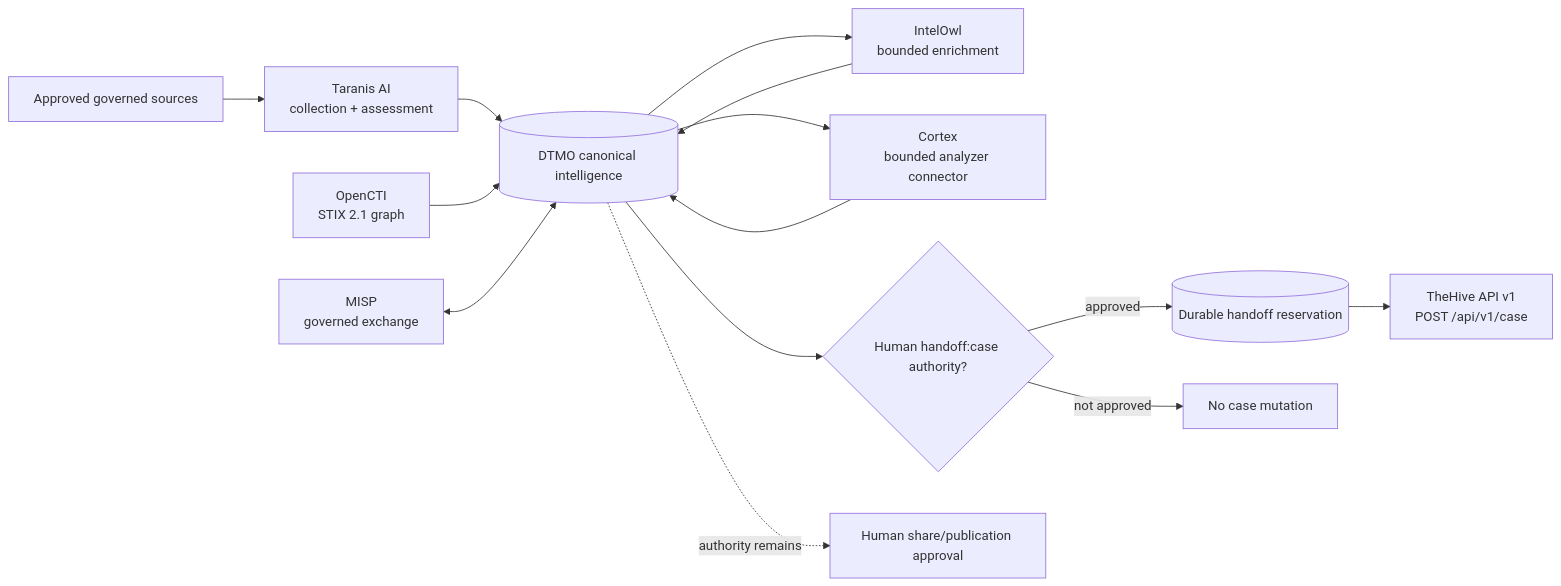
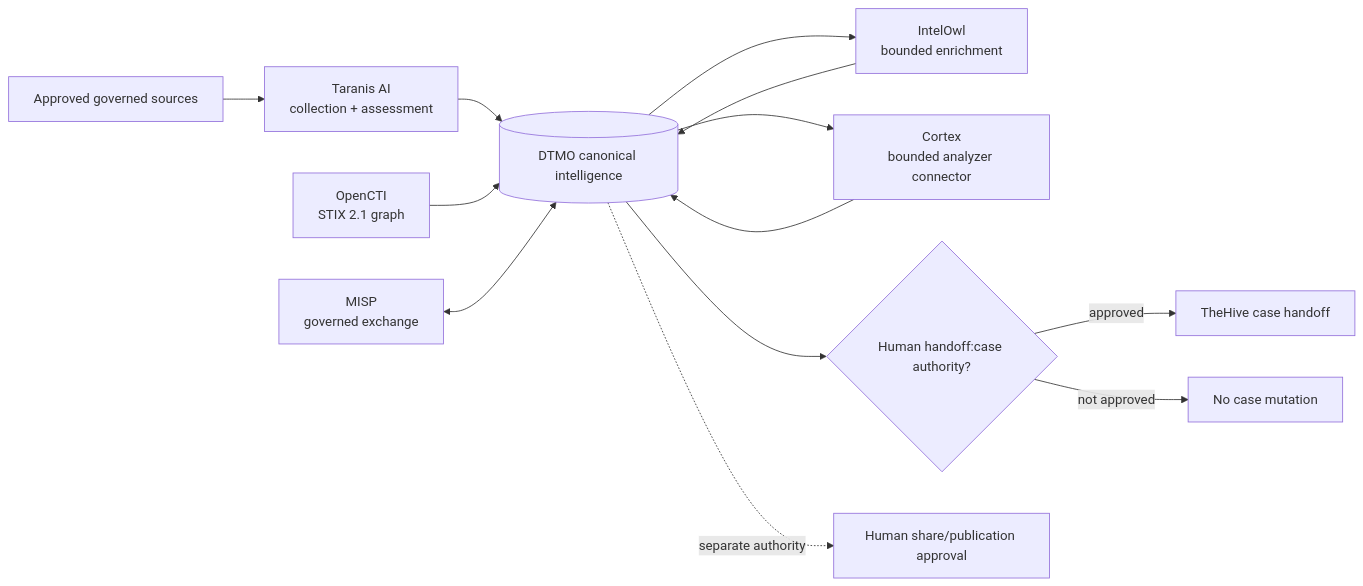
Before and after one commit to GJvManen/dtmo: the first of 3 diagrams in README.md, drawn with Mermaid. The commit also changed other lines of this file, not shown here.

````diff
--- a/README.md
+++ b/README.md
@@ -37,16 +32,15 @@
 ```mermaid
 flowchart LR
     S[Approved governed sources] --> TAR[Taranis AI\ncollection + assessment]
     TAR --> D[(DTMO canonical intelligence)]
     D --> OWL[IntelOwl\nbounded enrichment]
     OWL --> D
     D --> CTX[Cortex\nbounded analyzer connector]
     CTX --> D
     O[OpenCTI\nSTIX 2.1 graph] --> D
     M[MISP\ngoverned exchange] <--> D
     D --> H{Human handoff:case authority?}
-    H -->|approved| R[(Durable handoff reservation)]
+    H -->|approved| TH[TheHive case handoff]
     H -->|not approved| N[No case mutation]
-    R --> TH[TheHive API v1\nPOST /api/v1/case]
-    D -. authority remains .-> P[Human share/publication approval]
+    D -. separate authority .-> P[Human share/publication approval]
 ```
````
